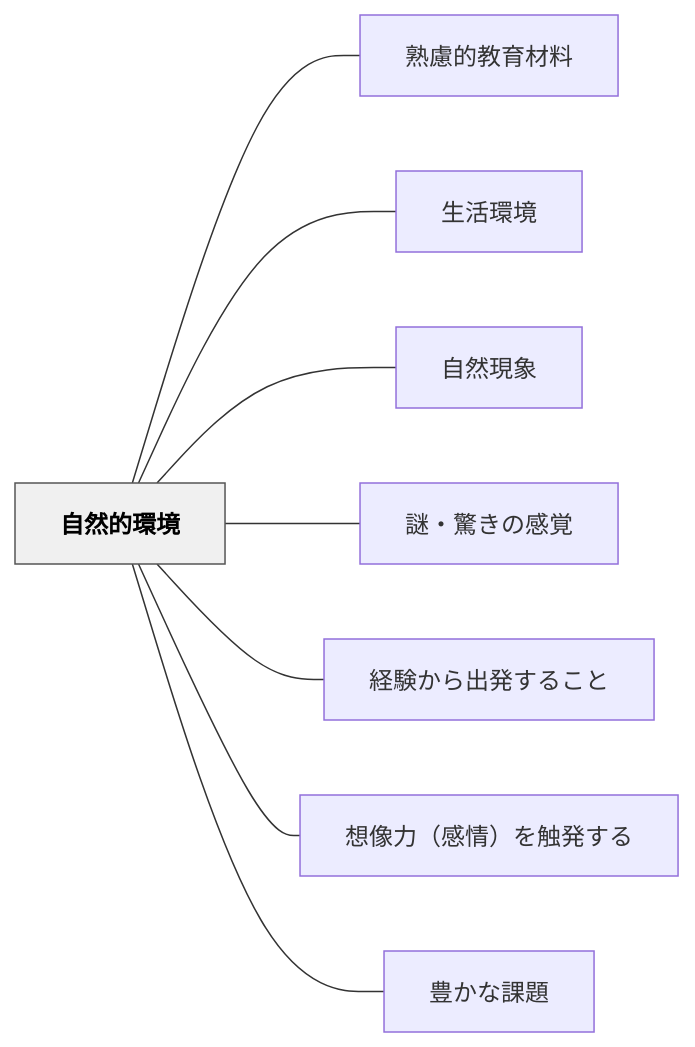
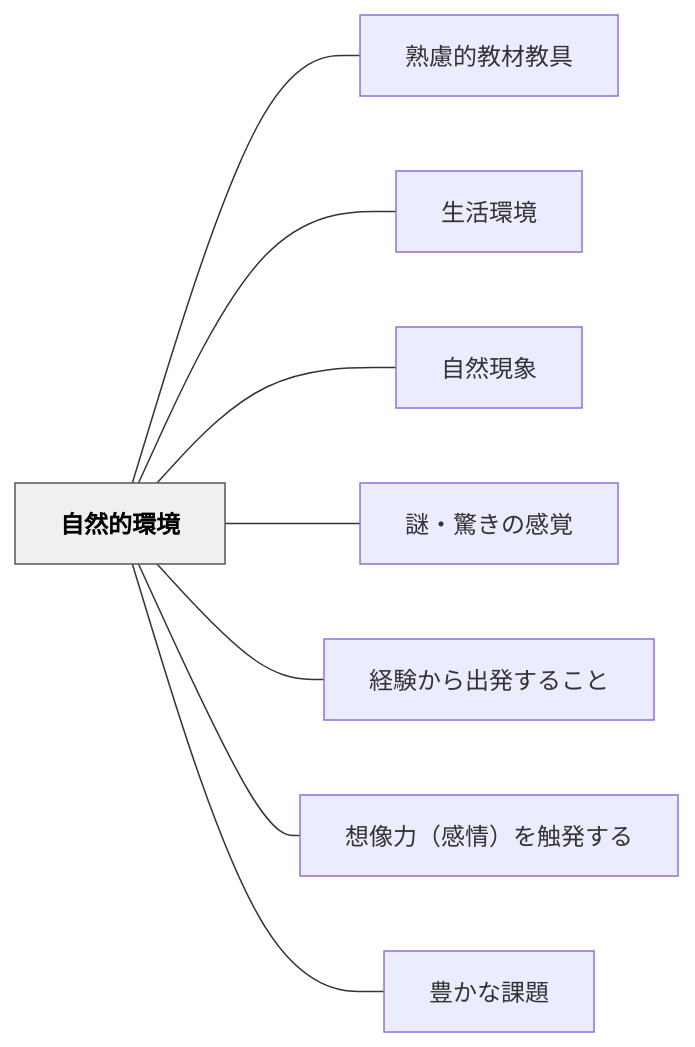
The diagram in content/パタン/自然的環境.md (unknownthings-ed-patterns/unknownthings-ed-patterns), drawn with Mermaid before and after one commit. The commit also changed other lines of this file and 72 other files, not shown here.

````diff
--- a/content/パタン/自然的環境.md
+++ b/content/パタン/自然的環境.md
@@ -50,22 +50,22 @@
 ```mermaid
 flowchart LR
     ne887aae784b6e79a84e792b0e5a283["自然的環境"]
-    ne7869fe685aee79a84e69599e882b2e69d90e69699["熟慮的教育材料"]
+    ne7869fe685aee79a84e69599e69d90e69599e585b7["熟慮的教材教具"]
     ne7949fe6b4bbe792b0e5a283["生活環境"]
     ne887aae784b6e78fbee8b1a1["自然現象"]
     ne8ac8ee383bbe9a99ae3818de381aee6849fe8a69a["謎・驚きの感覚"]
     ne7b58ce9a893e3818be38289e587bae799bae38199e3828be38193e381a8["経験から出発すること"]
     ne683b3e5838fe58a9befbc88e6849fe68385efbc89e38292e8a7a6e799bae38199e3828b["想像力（感情）を触発する"]
     ne8b18ae3818be381aae8aab2e9a18c["豊かな課題"]
 
-    ne887aae784b6e79a84e792b0e5a283 --- ne7869fe685aee79a84e69599e882b2e69d90e69699
+    ne887aae784b6e79a84e792b0e5a283 --- ne7869fe685aee79a84e69599e69d90e69599e585b7
     ne887aae784b6e79a84e792b0e5a283 --- ne7949fe6b4bbe792b0e5a283
     ne887aae784b6e79a84e792b0e5a283 --- ne887aae784b6e78fbee8b1a1
     ne887aae784b6e79a84e792b0e5a283 --- ne8ac8ee383bbe9a99ae3818de381aee6849fe8a69a
     ne887aae784b6e79a84e792b0e5a283 --- ne7b58ce9a893e3818be38289e587bae799bae38199e3828be38193e381a8
     ne887aae784b6e79a84e792b0e5a283 --- ne683b3e5838fe58a9befbc88e6849fe68385efbc89e38292e8a7a6e799bae38199e3828b
     ne887aae784b6e79a84e792b0e5a283 --- ne8b18ae3818be381aae8aab2e9a18c
 
     classDef hub fill:#f0f0f0,stroke:#555,color:#000,font-weight:bold
     class ne887aae784b6e79a84e792b0e5a283 hub
 ```
````
